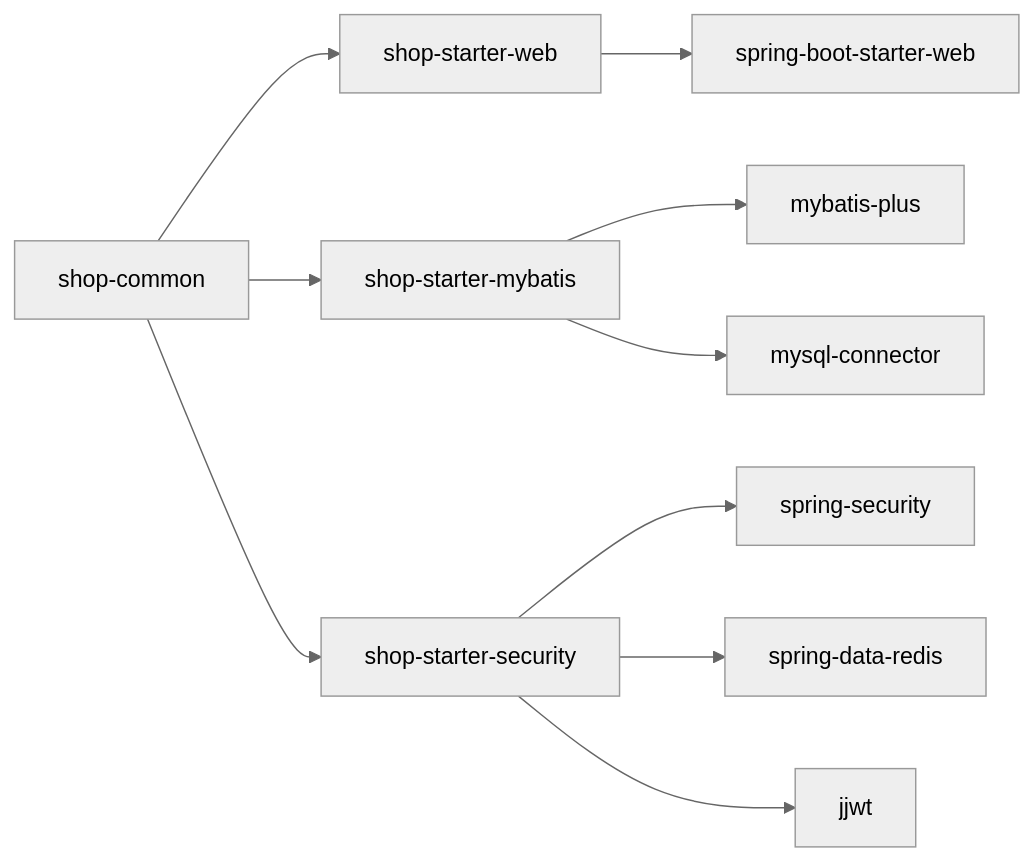
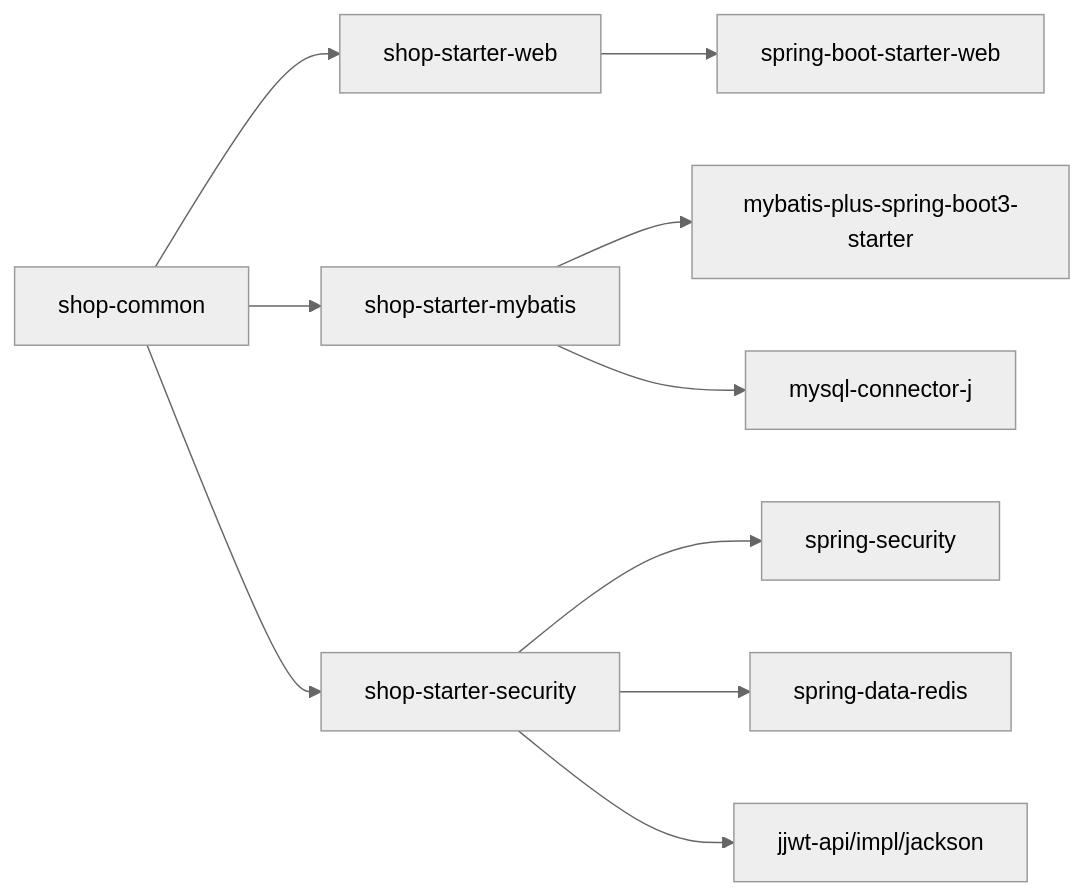
One commit to QtImM/wechatMiniprogram_Store changed the eighth of 8 diagrams in .qoder/repowiki/zh/content/后端架构设计/框架模块设计/框架模块设计.md. Above: the diagram before and after it, drawn with Mermaid (neutral theme). The commit also changed other lines of this file and 109 other files, not shown here.

````diff
--- a/.qoder/repowiki/zh/content/后端架构设计/框架模块设计/框架模块设计.md
+++ b/.qoder/repowiki/zh/content/后端架构设计/框架模块设计/框架模块设计.md
@@ -339,12 +339,12 @@
 ```mermaid
 graph LR
 SC["shop-common"] --> SW["shop-starter-web"]
 SC --> SM["shop-starter-mybatis"]
 SC --> SS["shop-starter-security"]
 SW --> WEB["spring-boot-starter-web"]
-SM --> MP["mybatis-plus"]
-SM --> MYSQL["mysql-connector"]
+SM --> MP["mybatis-plus-spring-boot3-starter"]
+SM --> MYSQL["mysql-connector-j"]
 SS --> SEC["spring-security"]
 SS --> REDIS["spring-data-redis"]
-SS --> JWT["jjwt"]
+SS --> JWT["jjwt-api/impl/jackson"]
 ```
````
